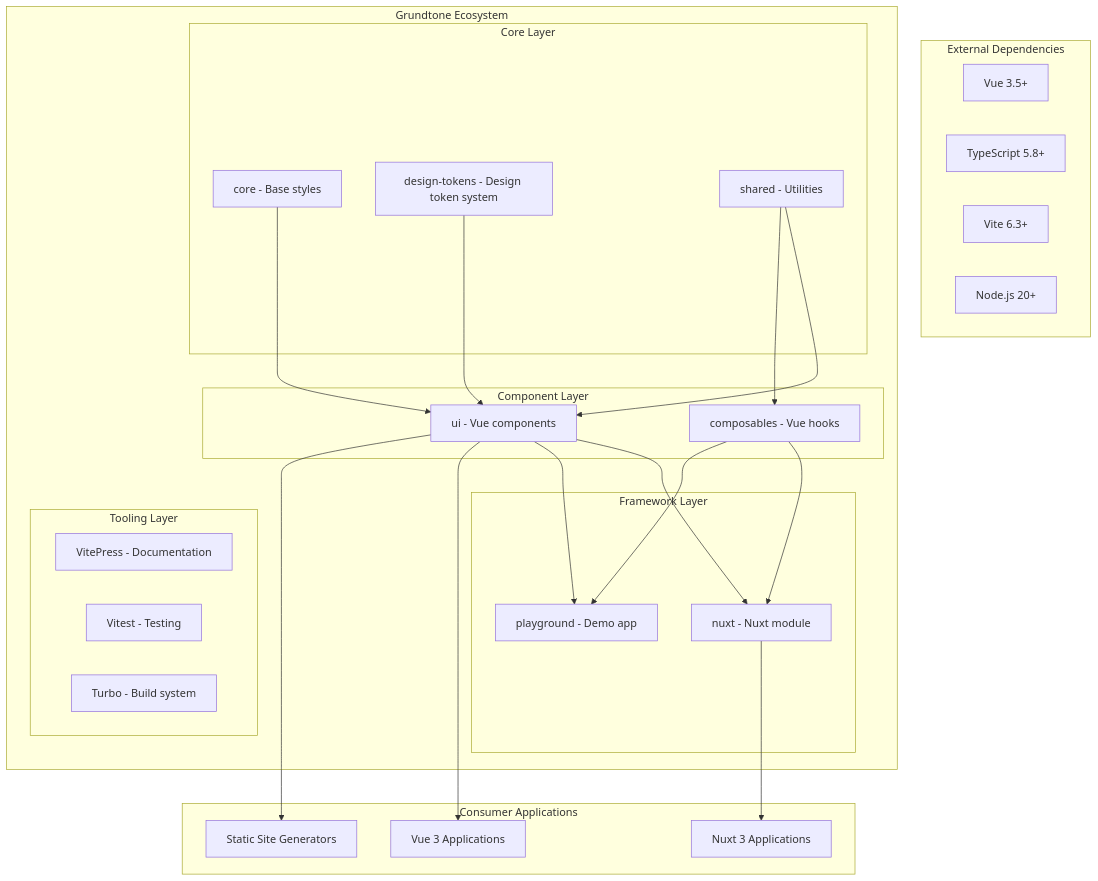
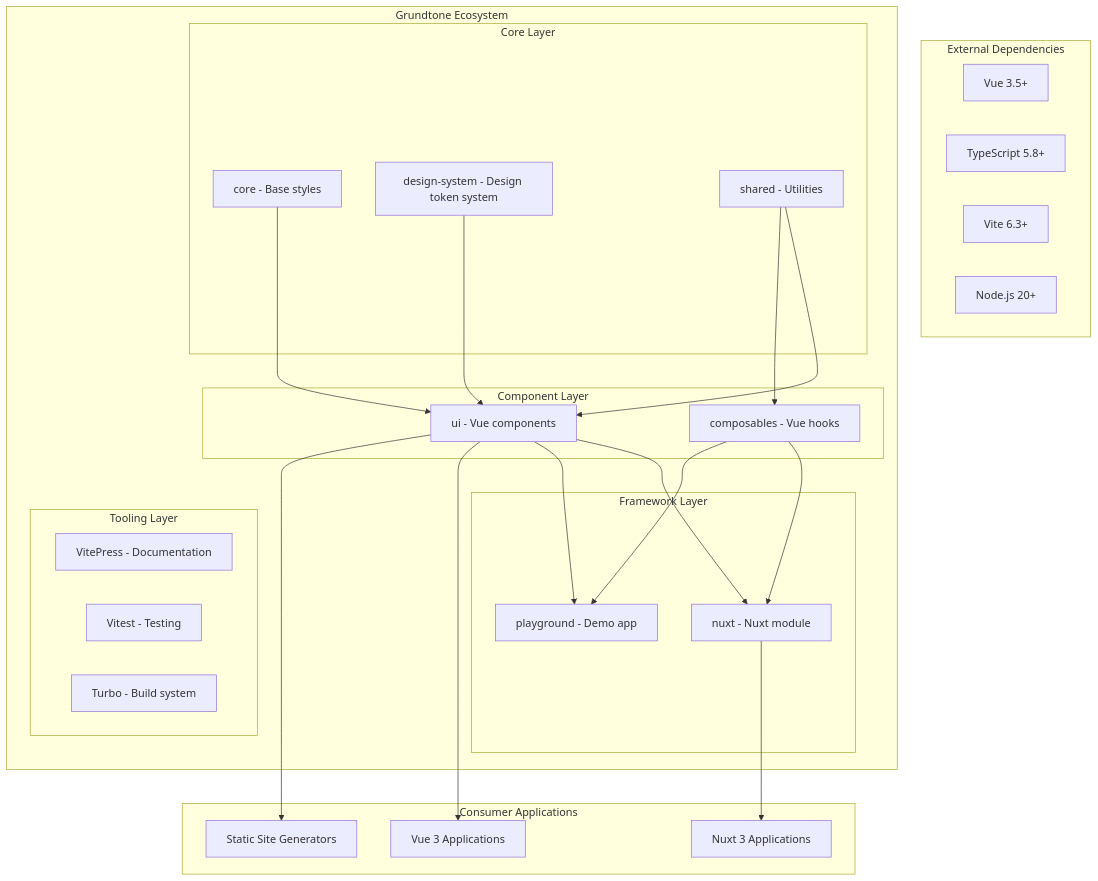
Before and after one commit to KlangHaus/grundtone: the first of 4 diagrams in docs/ARCHITECTURE.md, drawn with Mermaid. The commit also changed other lines of this file and 46 other files, not shown here.

Commit message:
docs: rename design-tokens to design-system across all docs and changelogs

````diff
--- a/docs/ARCHITECTURE.md
+++ b/docs/ARCHITECTURE.md
@@ -16,52 +16,52 @@
 ```mermaid
 graph TB
     subgraph "External Dependencies"
         Vue[Vue 3.5+]
         TS[TypeScript 5.8+]
         Vite[Vite 6.3+]
         Node[Node.js 20+]
     end
 
     subgraph "Grundtone Ecosystem"
         subgraph "Core Layer"
             Core[core - Base styles]
-            Tokens[design-tokens - Design token system]
+            Tokens[design-system - Design token system]
             Shared[shared - Utilities]
         end
 
         subgraph "Component Layer"
             UI[ui - Vue components]
             Composables[composables - Vue hooks]
         end
 
         subgraph "Framework Layer"
             Nuxt[nuxt - Nuxt module]
             Playground[playground - Demo app]
         end
 
         subgraph "Tooling Layer"
             Docs[VitePress - Documentation]
             Tests[Vitest - Testing]
             Build[Turbo - Build system]
         end
     end
 
     subgraph "Consumer Applications"
         VueApp[Vue 3 Applications]
         NuxtApp[Nuxt 3 Applications]
         SSG[Static Site Generators]
     end
 
     Core --> UI
     Tokens --> UI
     Shared --> UI
     Shared --> Composables
     UI --> Nuxt
     Composables --> Nuxt
     UI --> Playground
     Composables --> Playground
 
     UI --> VueApp
     Nuxt --> NuxtApp
     UI --> SSG
 ```
````
